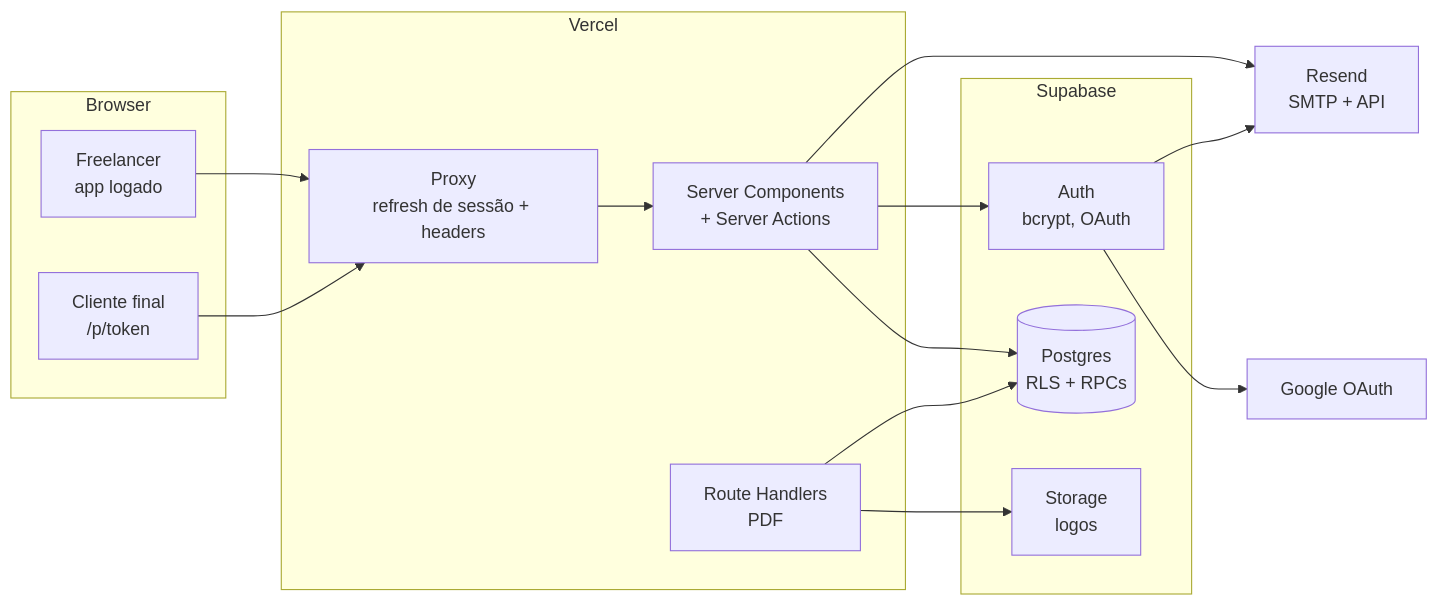
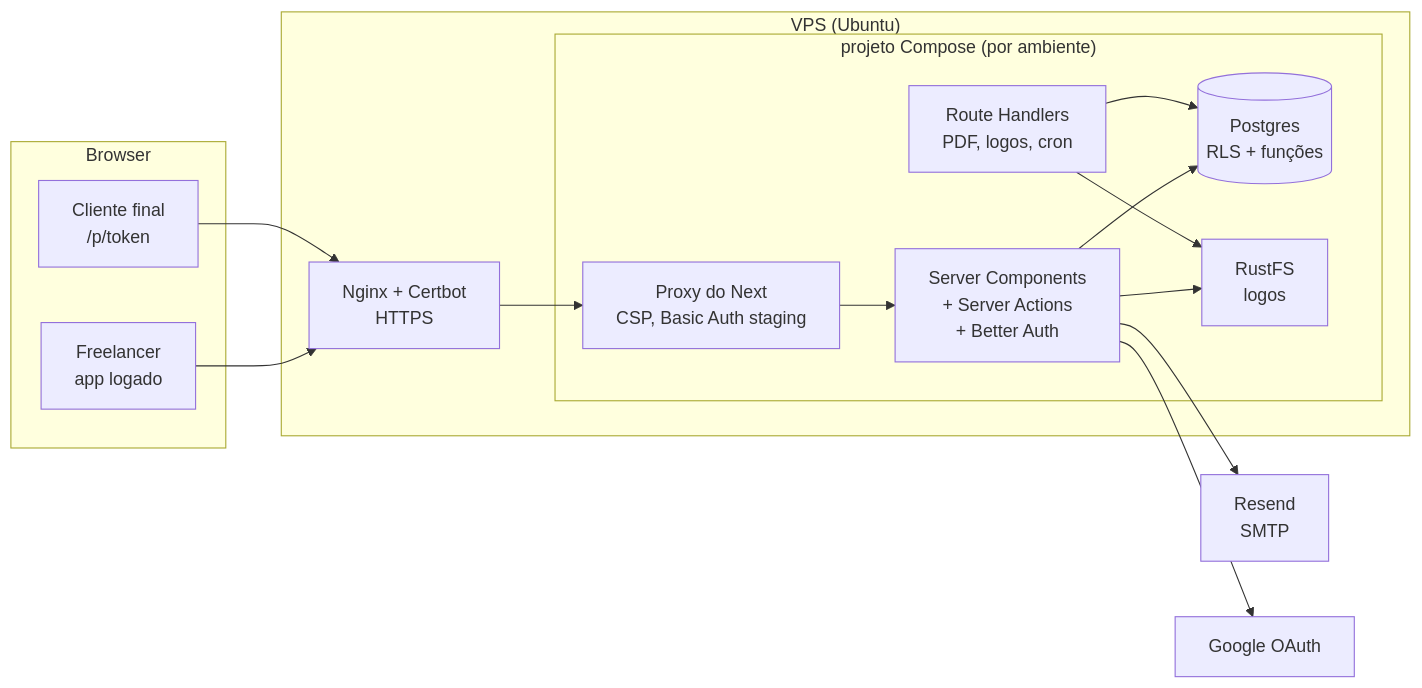
Before and after one commit to nbbrdev/orco: the diagram in docs/04-arquitetura.md, drawn with Mermaid. The commit also changed other lines of this file and 23 other files, not shown here.

Commit message:
docs: redefine arquitetura para VPS com Postgres próprio [NBB-66] (#18)

````diff
--- a/docs/04-arquitetura.md
+++ b/docs/04-arquitetura.md
@@ -33,27 +37,26 @@
 ```mermaid
 flowchart LR
     subgraph Browser
       F[Freelancer<br/>app logado]
       C[Cliente final<br/>/p/token]
     end
-    subgraph Vercel
-      MW[Proxy<br/>refresh de sessão + headers]
-      RSC[Server Components<br/>+ Server Actions]
-      RH[Route Handlers<br/>PDF]
+    subgraph VPS["VPS (Ubuntu)"]
+      NG[Nginx + Certbot<br/>HTTPS]
+      subgraph Compose["projeto Compose (por ambiente)"]
+        MW[Proxy do Next<br/>CSP, Basic Auth staging]
+        RSC[Server Components<br/>+ Server Actions<br/>+ Better Auth]
+        RH[Route Handlers<br/>PDF, logos, cron]
+        DB[(Postgres<br/>RLS + funções)]
+        ST[RustFS<br/>logos]
+      end
     end
-    subgraph Supabase
-      AUTH[Auth<br/>bcrypt, OAuth]
-      DB[(Postgres<br/>RLS + RPCs)]
-      ST[Storage<br/>logos]
-    end
-    RS[Resend<br/>SMTP + API]
+    RS[Resend<br/>SMTP]
     G[Google OAuth]
-    F --> MW --> RSC --> DB
-    C --> MW
-    RSC --> AUTH
+    F --> NG --> MW --> RSC --> DB
+    C --> NG
+    RSC --> ST
     RSC --> RS
+    RSC --> G
     RH --> DB
     RH --> ST
-    AUTH --> RS
-    AUTH --> G
 ```
````
